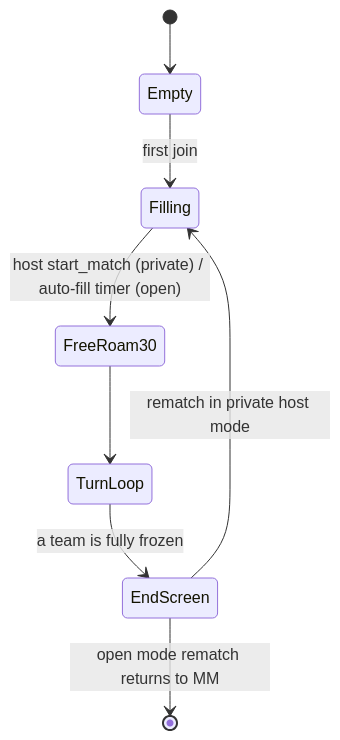
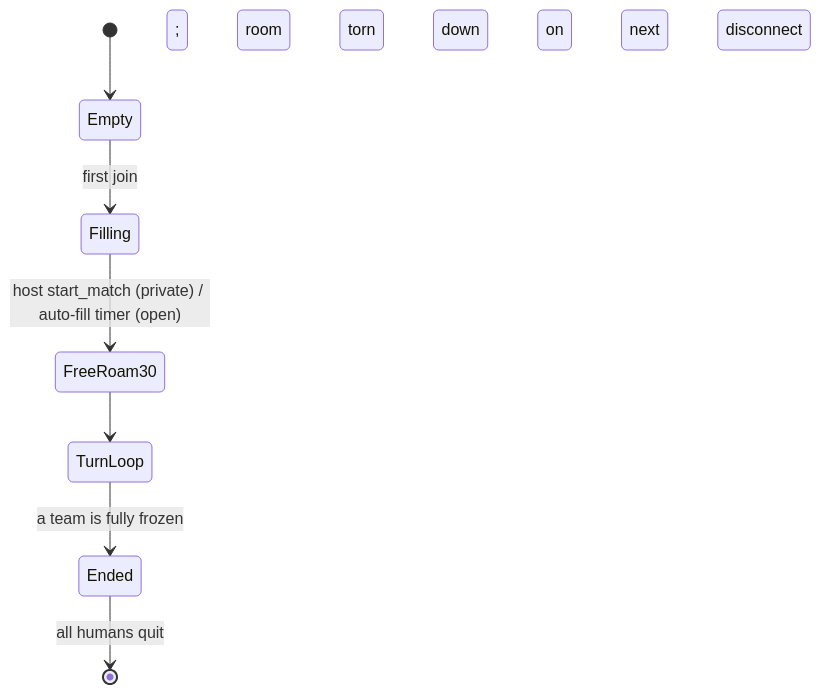
Before and after one commit to sean-reid/clowns-and-mimes: the eighth of 9 diagrams in docs/ARCHITECTURE.md, drawn with Mermaid. The commit also changed other lines of this file, not shown here.

First line of the commit message:
docs: audit and refresh ARCHITECTURE

````diff
--- a/docs/ARCHITECTURE.md
+++ b/docs/ARCHITECTURE.md
@@ -297,10 +327,9 @@
 ```mermaid
 stateDiagram-v2
   [*] --> Empty
   Empty --> Filling: first join
   Filling --> FreeRoam30: host start_match (private) / auto-fill timer (open)
   FreeRoam30 --> TurnLoop
-  TurnLoop --> EndScreen: a team is fully frozen
-  EndScreen --> Filling: rematch in private host mode
-  EndScreen --> [*]: open mode rematch returns to MM
+  TurnLoop --> Ended: a team is fully frozen
+  Ended --> [*]: all humans quit; room torn down on next disconnect
 ```
````
